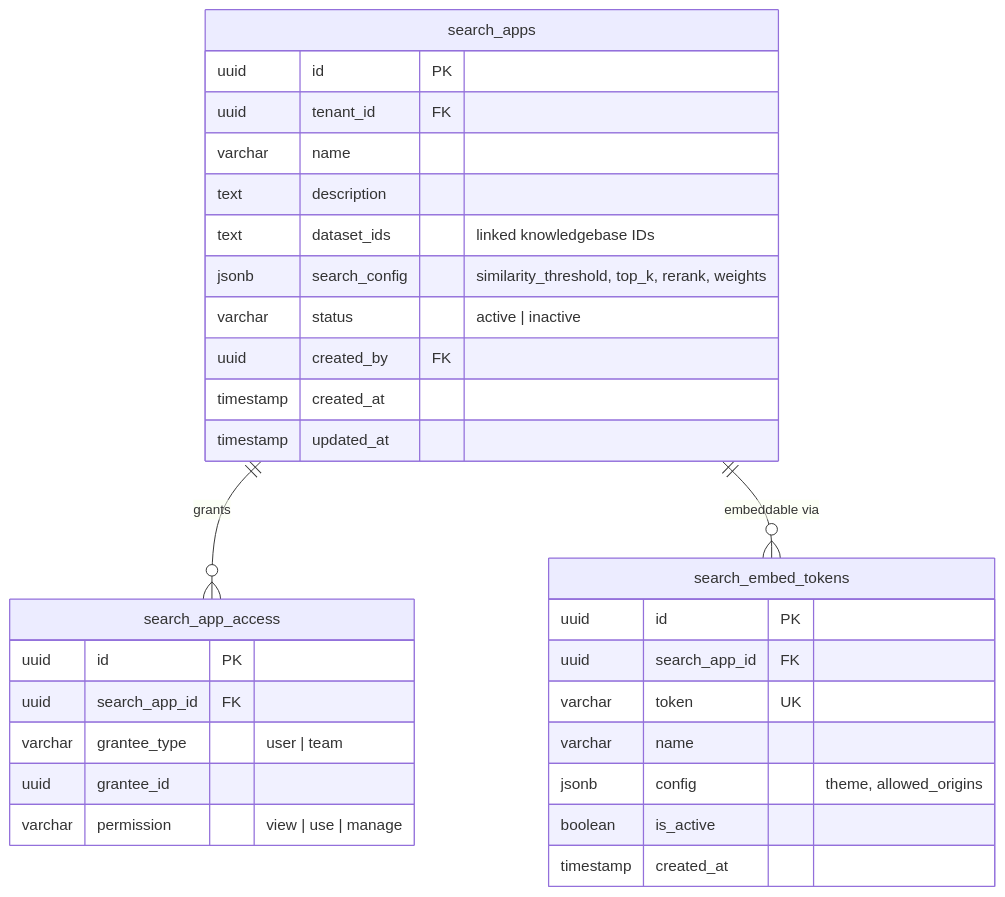
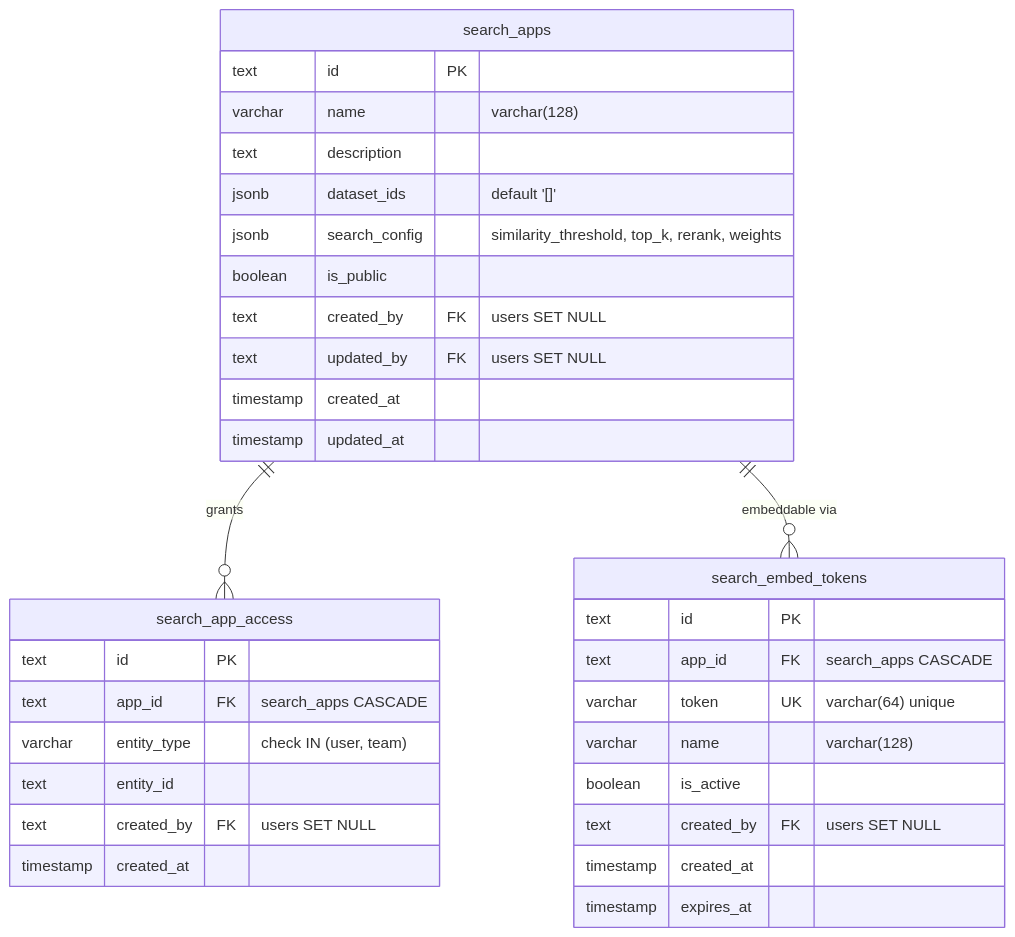
Before and after one commit to b-knowledge-solution/b-knowledge: the second of 4 diagrams in docs/basic-design/database/database-design-chat-search.md, drawn with Mermaid. The commit also changed other lines of this file and 5 other files, not shown here.

First line of the commit message:
docs: update all 6 database design docs to match actual migration schema

````diff
--- a/docs/basic-design/database/database-design-chat-search.md
+++ b/docs/basic-design/database/database-design-chat-search.md
@@ -79,36 +89,38 @@
 ```mermaid
 erDiagram
     search_apps {
-        uuid id PK
-        uuid tenant_id FK
-        varchar name
+        text id PK
+        varchar name "varchar(128)"
         text description
-        text dataset_ids "linked knowledgebase IDs"
+        jsonb dataset_ids "default '[]'"
         jsonb search_config "similarity_threshold, top_k, rerank, weights"
-        varchar status "active | inactive"
-        uuid created_by FK
+        boolean is_public
+        text created_by FK "users SET NULL"
+        text updated_by FK "users SET NULL"
         timestamp created_at
         timestamp updated_at
     }
 
     search_app_access {
-        uuid id PK
-        uuid search_app_id FK
-        varchar grantee_type "user | team"
-        uuid grantee_id
-        varchar permission "view | use | manage"
+        text id PK
+        text app_id FK "search_apps CASCADE"
+        varchar entity_type "check IN (user, team)"
+        text entity_id
+        text created_by FK "users SET NULL"
+        timestamp created_at
     }
 
     search_embed_tokens {
-        uuid id PK
-        uuid search_app_id FK
-        varchar token UK
-        varchar name
-        jsonb config "theme, allowed_origins"
+        text id PK
+        text app_id FK "search_apps CASCADE"
+        varchar token UK "varchar(64) unique"
+        varchar name "varchar(128)"
         boolean is_active
+        text created_by FK "users SET NULL"
         timestamp created_at
+        timestamp expires_at
     }
 
     search_apps ||--o{ search_app_access : "grants"
     search_apps ||--o{ search_embed_tokens : "embeddable via"
 ```
````
